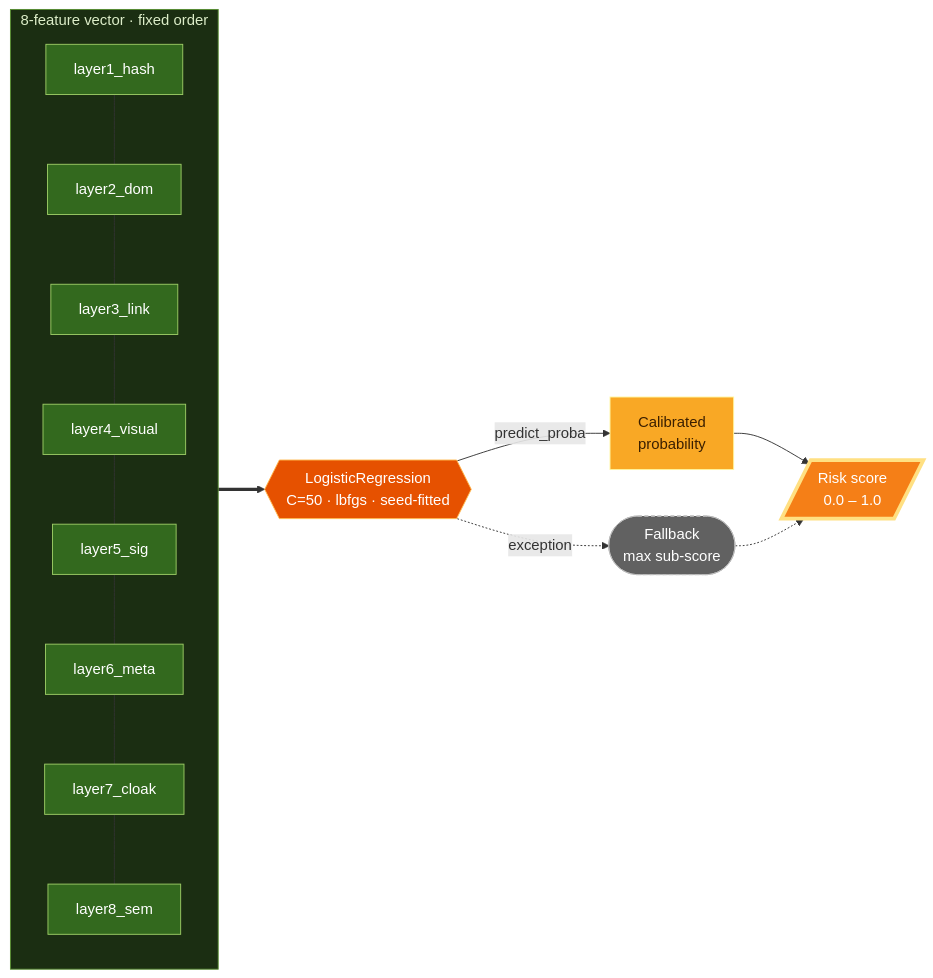
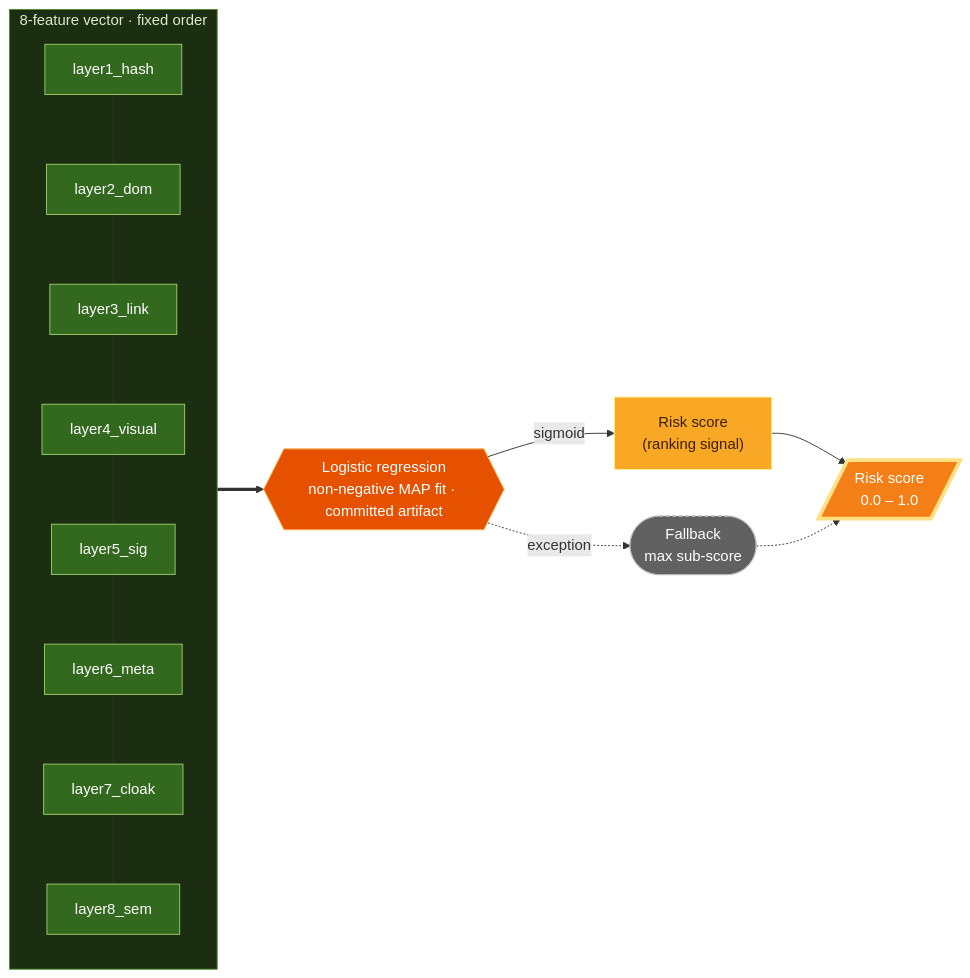
One commit to Ns81000/WARDRESS changed the diagram in docs/layers/9-risk-fusion.mdx. Above: the diagram before and after it, drawn with Mermaid. The commit also changed other lines of this file and 6 other files, not shown here.

````diff
--- a/docs/layers/9-risk-fusion.mdx
+++ b/docs/layers/9-risk-fusion.mdx
@@ -15,25 +15,25 @@
 ```mermaid
 flowchart LR
     subgraph V["8-feature vector · fixed order"]
       direction TB
       L1["layer1_hash"]:::feat --- L2["layer2_dom"]:::feat
       L2 --- L3["layer3_link"]:::feat
       L3 --- L4["layer4_visual"]:::feat
       L4 --- L5["layer5_sig"]:::feat
       L5 --- L6["layer6_meta"]:::feat
       L6 --- L7["layer7_cloak"]:::feat
       L7 --- L8["layer8_sem"]:::feat
     end
-    V ==> MODEL{{"LogisticRegression<br/>C=50 · lbfgs · seed-fitted"}}:::model
-    MODEL -->|"predict_proba"| PROB["Calibrated<br/>probability"]:::node
+    V ==> MODEL{{"Logistic regression<br/>non-negative MAP fit · committed artifact"}}:::model
+    MODEL -->|sigmoid| PROB["Risk score<br/>(ranking signal)"]:::node
     PROB --> OUT[/"Risk score<br/>0.0 – 1.0"/]:::out
     MODEL -.->|"exception"| MAX(["Fallback<br/>max sub-score"]):::fallback
     MAX -.-> OUT
 
     classDef feat fill:#33691e,stroke:#9ccc65,color:#fff;
     classDef model fill:#e65100,stroke:#ffb74d,color:#fff;
     classDef node fill:#f9a825,stroke:#fff59d,color:#3b1f00;
     classDef fallback fill:#616161,stroke:#bdbdbd,color:#fff,stroke-dasharray:4 3;
     classDef out fill:#f57f17,stroke:#ffe082,color:#fff,stroke-width:4px;
     style V fill:#1b2e12,stroke:#558b2f,color:#dcedc8;
 ```
````
